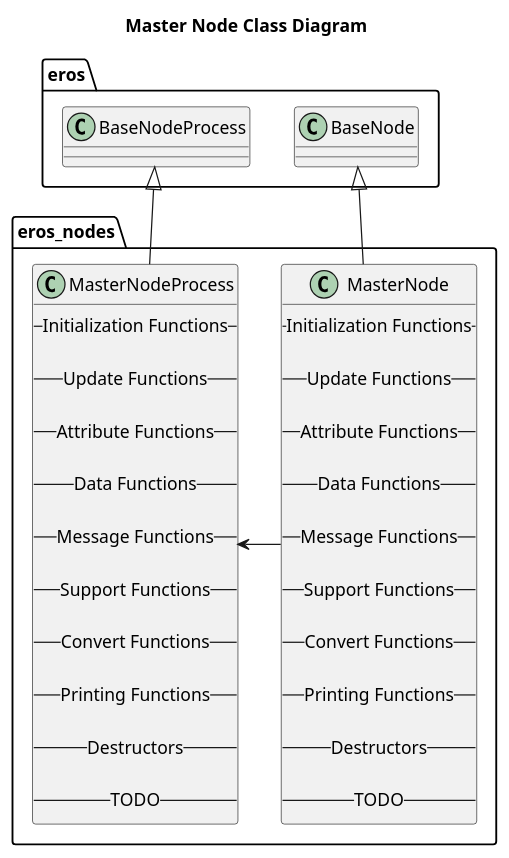
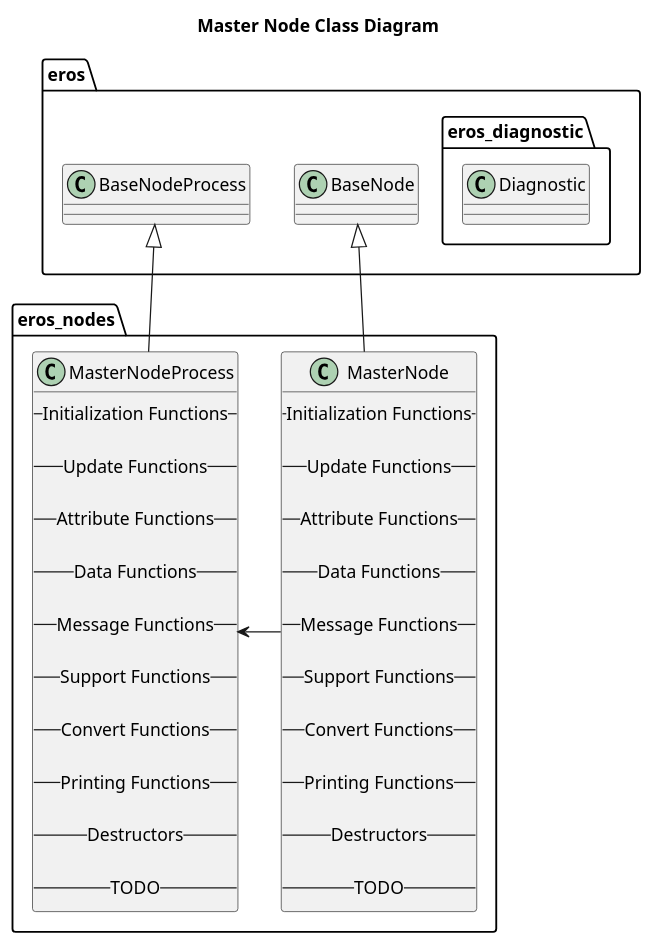
The diagram in nodes/MasterNode/doc/MasterNodeClassDiagram.puml (dgitz/eros), drawn with PlantUML before and after one commit. The commit also changed 23 other files, not shown here.

```diff
--- a/nodes/MasterNode/doc/MasterNodeClassDiagram.puml
+++ b/nodes/MasterNode/doc/MasterNodeClassDiagram.puml
@@ -1,56 +1,59 @@
 @startuml
 title Master Node Class Diagram
 package eros {
     class BaseNode
     class BaseNodeProcess
+    namespace eros_diagnostic {
+        class Diagnostic
+    }
 }
 namespace eros_nodes {
     class MasterNode {
         -- Initialization Functions --
 
         -- Update Functions --
 
         -- Attribute Functions --
 
         -- Data Functions --
 
         -- Message Functions --
 
         -- Support Functions --
 
         -- Convert Functions --
         
         -- Printing Functions --
 
         -- Destructors --
 
         -- TODO --
     }
     class MasterNodeProcess {
         -- Initialization Functions --
 
         -- Update Functions --
 
         -- Attribute Functions --
 
         -- Data Functions --
 
         -- Message Functions --
 
         -- Support Functions --
 
         -- Convert Functions --
         
         -- Printing Functions --
 
         -- Destructors --
 
         -- TODO --
     }
 
     BaseNode <|-- MasterNode
     BaseNodeProcess <|-- MasterNodeProcess
     MasterNode -> MasterNodeProcess 
 }
 
 @enduml
```
